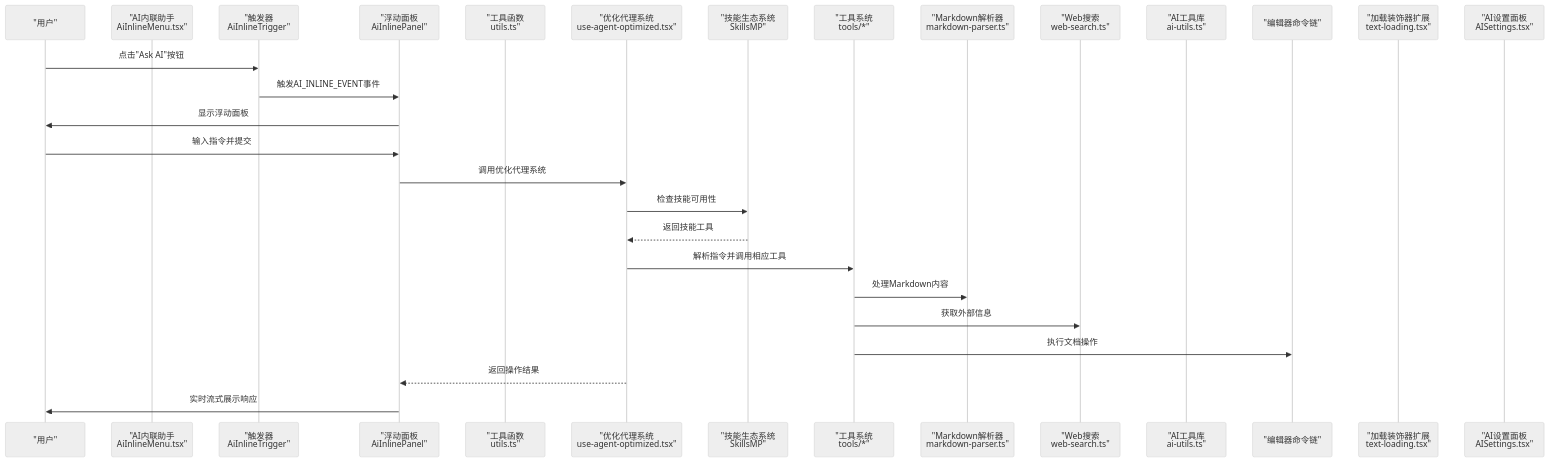
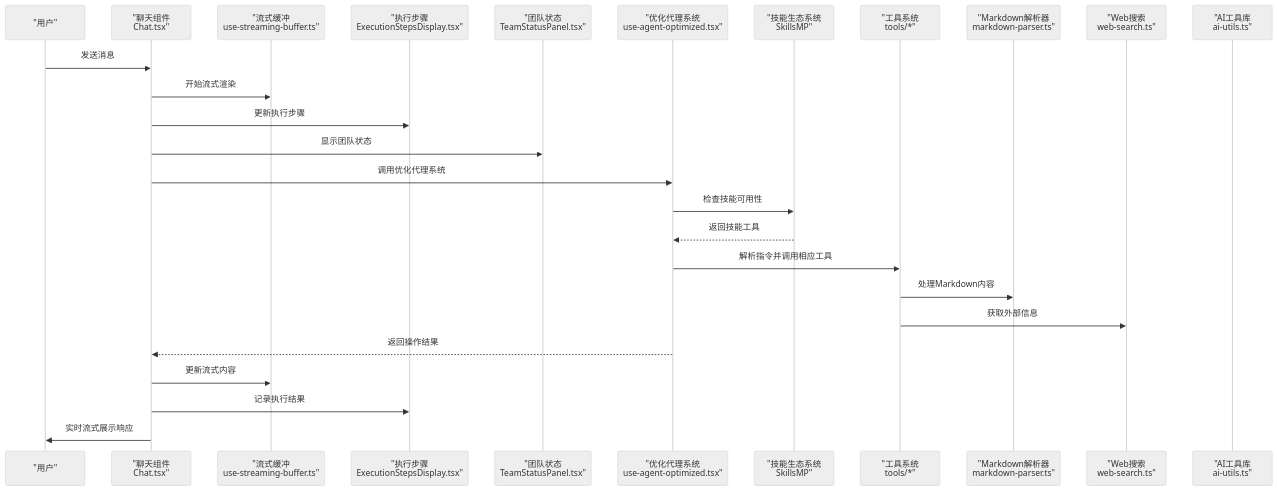
One commit to LRF0422/Kotion changed the second of 10 diagrams in .qoder/repowiki/zh/content/功能模块/AI插件/AI插件.md. Above: the diagram before and after it, drawn with Mermaid (neutral theme). The commit also changed other lines of this file and 10 other files, not shown here.

````diff
--- a/.qoder/repowiki/zh/content/功能模块/AI插件/AI插件.md
+++ b/.qoder/repowiki/zh/content/功能模块/AI插件/AI插件.md
@@ -349,30 +389,28 @@
 ```mermaid
 sequenceDiagram
 participant User as "用户"
-participant Inline as "AI内联助手<br/>AiInlineMenu.tsx"
-participant Trigger as "触发器<br/>AiInlineTrigger"
-participant Panel as "浮动面板<br/>AiInlinePanel"
-participant Utils as "工具函数<br/>utils.ts"
+participant Chat as "聊天组件<br/>Chat.tsx"
+participant Buffer as "流式缓冲<br/>use-streaming-buffer.ts"
+participant Steps as "执行步骤<br/>ExecutionStepsDisplay.tsx"
+participant Team as "团队状态<br/>TeamStatusPanel.tsx"
 participant Agent as "优化代理系统<br/>use-agent-optimized.tsx"
 participant Skills as "技能生态系统<br/>SkillsMP"
 participant Tools as "工具系统<br/>tools/*"
 participant Parser as "Markdown解析器<br/>markdown-parser.ts"
 participant Search as "Web搜索<br/>web-search.ts"
 participant Core as "AI工具库<br/>ai-utils.ts"
-participant Editor as "编辑器命令链"
-participant Decor as "加载装饰器扩展<br/>text-loading.tsx"
-participant Settings as "AI设置面板<br/>AISettings.tsx"
-User->>Trigger : 点击"Ask AI"按钮
-Trigger->>Panel : 触发AI_INLINE_EVENT事件
-Panel->>User : 显示浮动面板
-User->>Panel : 输入指令并提交
-Panel->>Agent : 调用优化代理系统
+User->>Chat : 发送消息
+Chat->>Buffer : 开始流式渲染
+Chat->>Steps : 更新执行步骤
+Chat->>Team : 显示团队状态
+Chat->>Agent : 调用优化代理系统
 Agent->>Skills : 检查技能可用性
 Skills-->>Agent : 返回技能工具
 Agent->>Tools : 解析指令并调用相应工具
 Tools->>Parser : 处理Markdown内容
 Tools->>Search : 获取外部信息
-Tools->>Editor : 执行文档操作
-Agent-->>Panel : 返回操作结果
-Panel->>User : 实时流式展示响应
+Agent-->>Chat : 返回操作结果
+Chat->>Buffer : 更新流式内容
+Chat->>Steps : 记录执行结果
+Chat->>User : 实时流式展示响应
 ```
````
